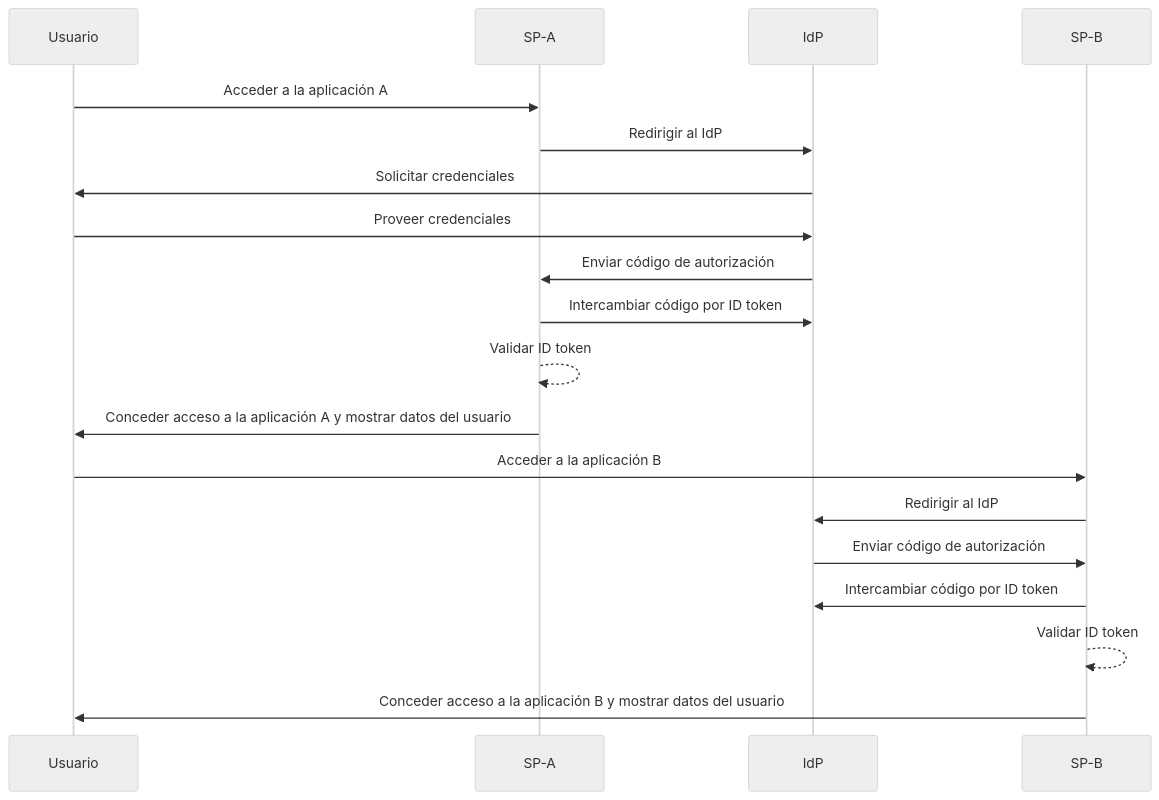
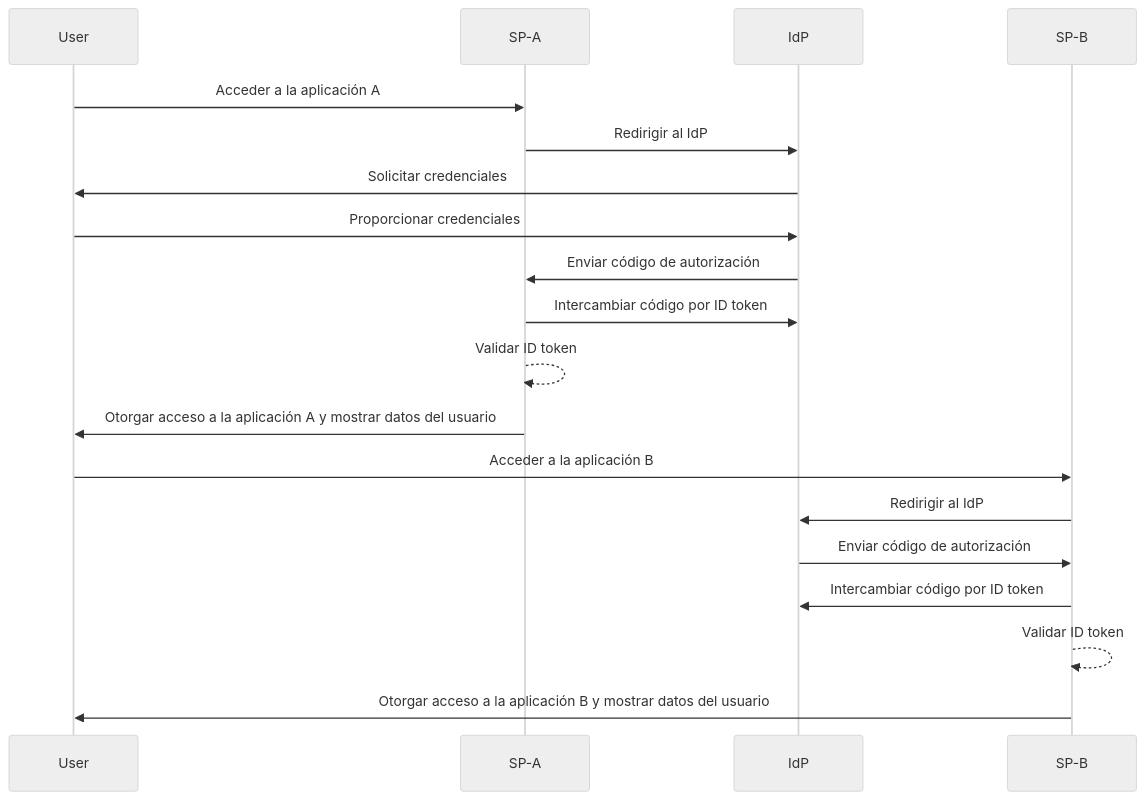
One commit to logto-io/auth-wiki changed the second of 2 diagrams in src/content/terms/es/single-sign-on.mdx. Above: the diagram before and after it, drawn with Mermaid (neutral theme). The commit also changed other lines of this file and 8 other files, not shown here.

````diff
--- a/src/content/terms/es/single-sign-on.mdx
+++ b/src/content/terms/es/single-sign-on.mdx
@@ -54,22 +56,22 @@
 ```mermaid
 sequenceDiagram
-    participant Usuario
+    participant User
     participant SP-A
     participant IdP
     participant SP-B
 
-    Usuario->>SP-A: Acceder a la aplicación A
+    User->>SP-A: Acceder a la aplicación A
     SP-A->>IdP: Redirigir al IdP
-    IdP->>Usuario: Solicitar credenciales
-    Usuario->>IdP: Proveer credenciales
+    IdP->>User: Solicitar credenciales
+    User->>IdP: Proporcionar credenciales
     IdP->>SP-A: Enviar código de autorización
     SP-A->>IdP: Intercambiar código por ID token
     SP-A-->>SP-A: Validar ID token
-    SP-A->>Usuario: Conceder acceso a la aplicación A y mostrar datos del usuario
-    Usuario->>SP-B: Acceder a la aplicación B
+    SP-A->>User: Otorgar acceso a la aplicación A y mostrar datos del usuario
+    User->>SP-B: Acceder a la aplicación B
     SP-B->>IdP: Redirigir al IdP
     IdP->>SP-B: Enviar código de autorización
     SP-B->>IdP: Intercambiar código por ID token
     SP-B-->>SP-B: Validar ID token
-    SP-B->>Usuario: Conceder acceso a la aplicación B y mostrar datos del usuario
+    SP-B->>User: Otorgar acceso a la aplicación B y mostrar datos del usuario
 ```
````
